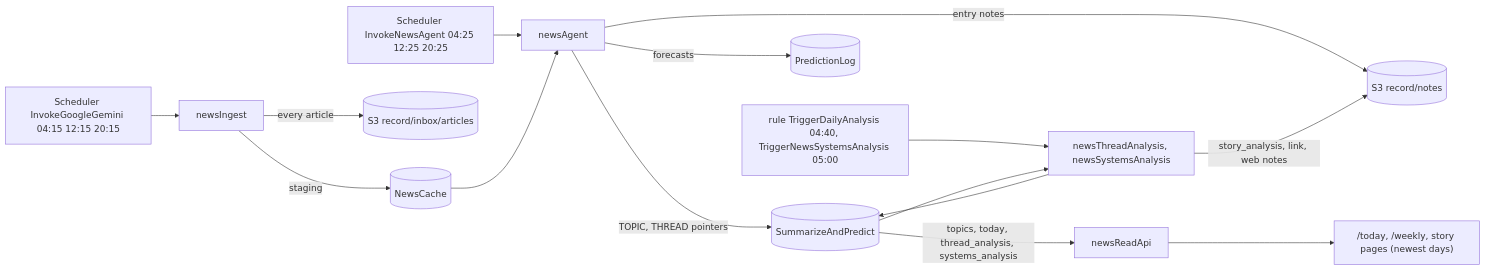
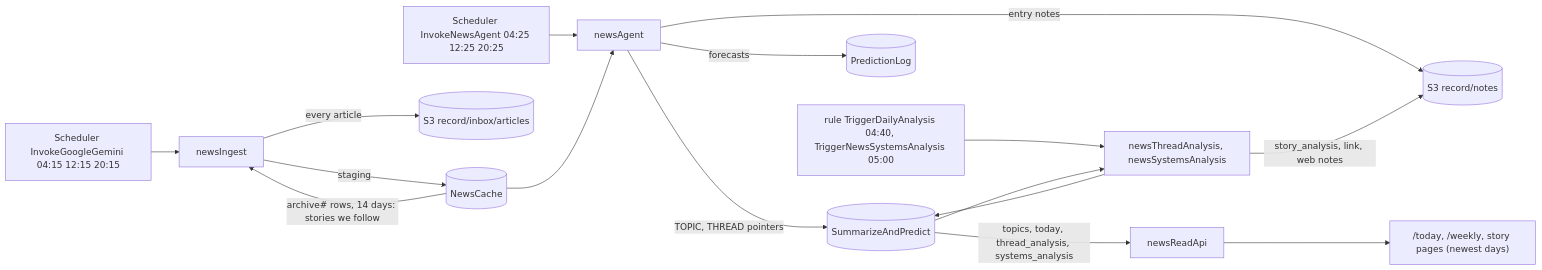
One commit to BenBen05059997/globalPerspective-v1 changed the third of 7 diagrams in project-docs/architecture/ARCHITECTURE.md. Above: the diagram before and after it, drawn with Mermaid. The commit also changed other lines of this file and 4 other files, not shown here.

````diff
--- a/project-docs/architecture/ARCHITECTURE.md
+++ b/project-docs/architecture/ARCHITECTURE.md
@@ -136,17 +136,18 @@
 ```mermaid
 flowchart LR
   s1[Scheduler InvokeGoogleGemini 04:15 12:15 20:15] --> a[newsIngest]
+  nc -->|archive# rows, 14 days: stories we follow| a
   a -->|staging| nc[(NewsCache)]
   a -->|every article| ib[(S3 record/inbox/articles)]
   s2[Scheduler InvokeNewsAgent 04:25 12:25 20:25] --> b[newsAgent]
   nc --> b
   b -->|TOPIC, THREAD pointers| sp[(SummarizeAndPredict)]
   b -->|forecasts| pl[(PredictionLog)]
   b -->|entry notes| nt[(S3 record/notes)]
   s3[rule TriggerDailyAnalysis 04:40, TriggerNewsSystemsAnalysis 05:00] --> c[newsThreadAnalysis, newsSystemsAnalysis]
   sp --> c
   c --> sp
   c -->|story_analysis, link, web notes| nt
   sp -->|topics, today, thread_analysis, systems_analysis| px[newsReadApi]
   px --> pg["/today, /weekly, story pages (newest days)"]
 ```
````
